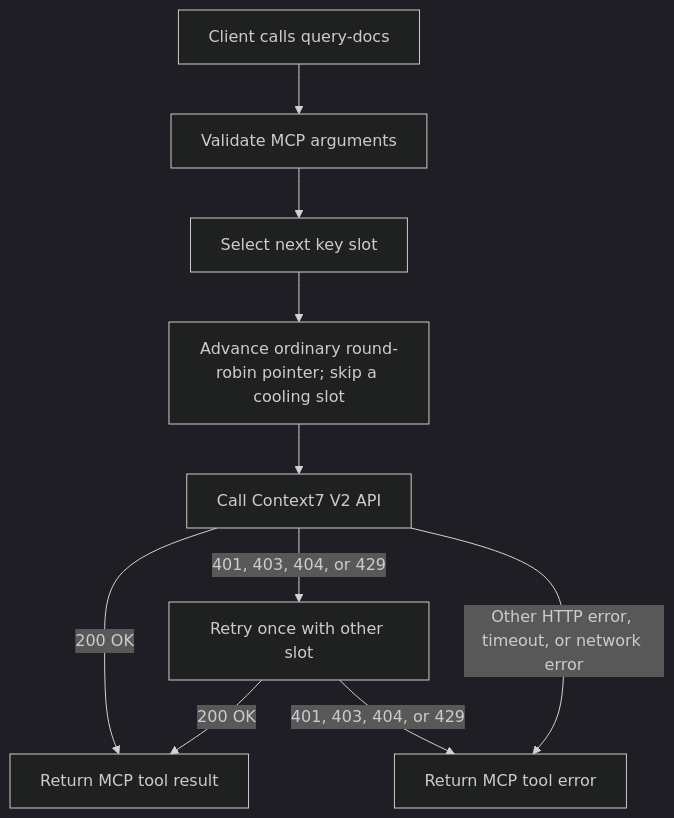
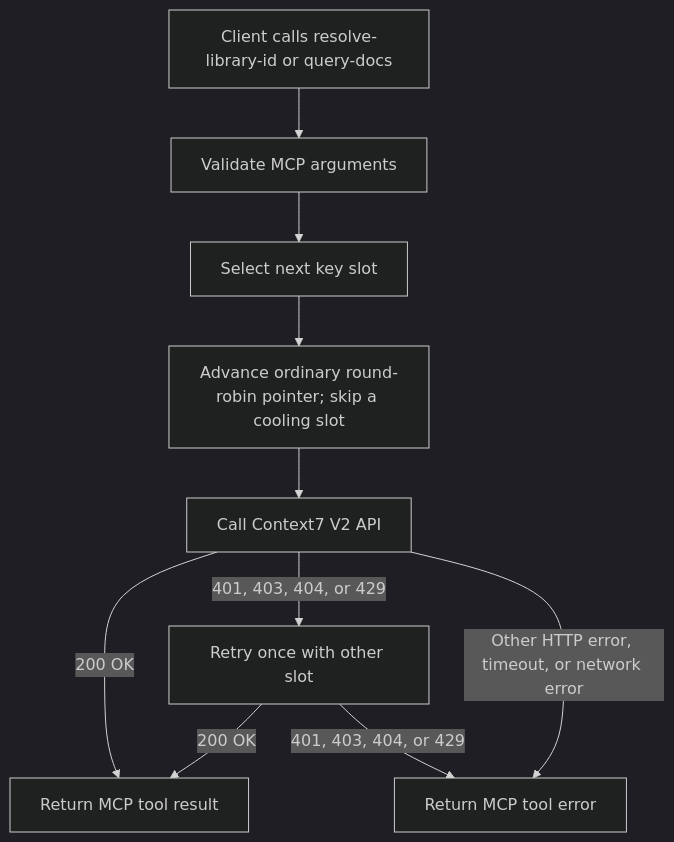
The diagram in README.md (MooseGooseConsulting/context7-key-rotator-mcp), drawn with Mermaid (dark theme) before and after one commit. The commit also changed other lines of this file and 4 other files, not shown here.

````diff
--- a/README.md
+++ b/README.md
@@ -22,12 +22,12 @@
 ```mermaid
 flowchart TD
-    A[Client calls query-docs] --> B[Validate MCP arguments]
+    A[Client calls resolve-library-id or query-docs] --> B[Validate MCP arguments]
     B --> C[Select next key slot]
     C --> D[Advance ordinary round-robin pointer; skip a cooling slot]
     D --> E[Call Context7 V2 API]
     E -->|200 OK| F[Return MCP tool result]
     E -->|401, 403, 404, or 429| G[Retry once with other slot]
     G -->|200 OK| F
     G -->|401, 403, 404, or 429| H[Return MCP tool error]
     E -->|Other HTTP error, timeout, or network error| H
 ```
````
